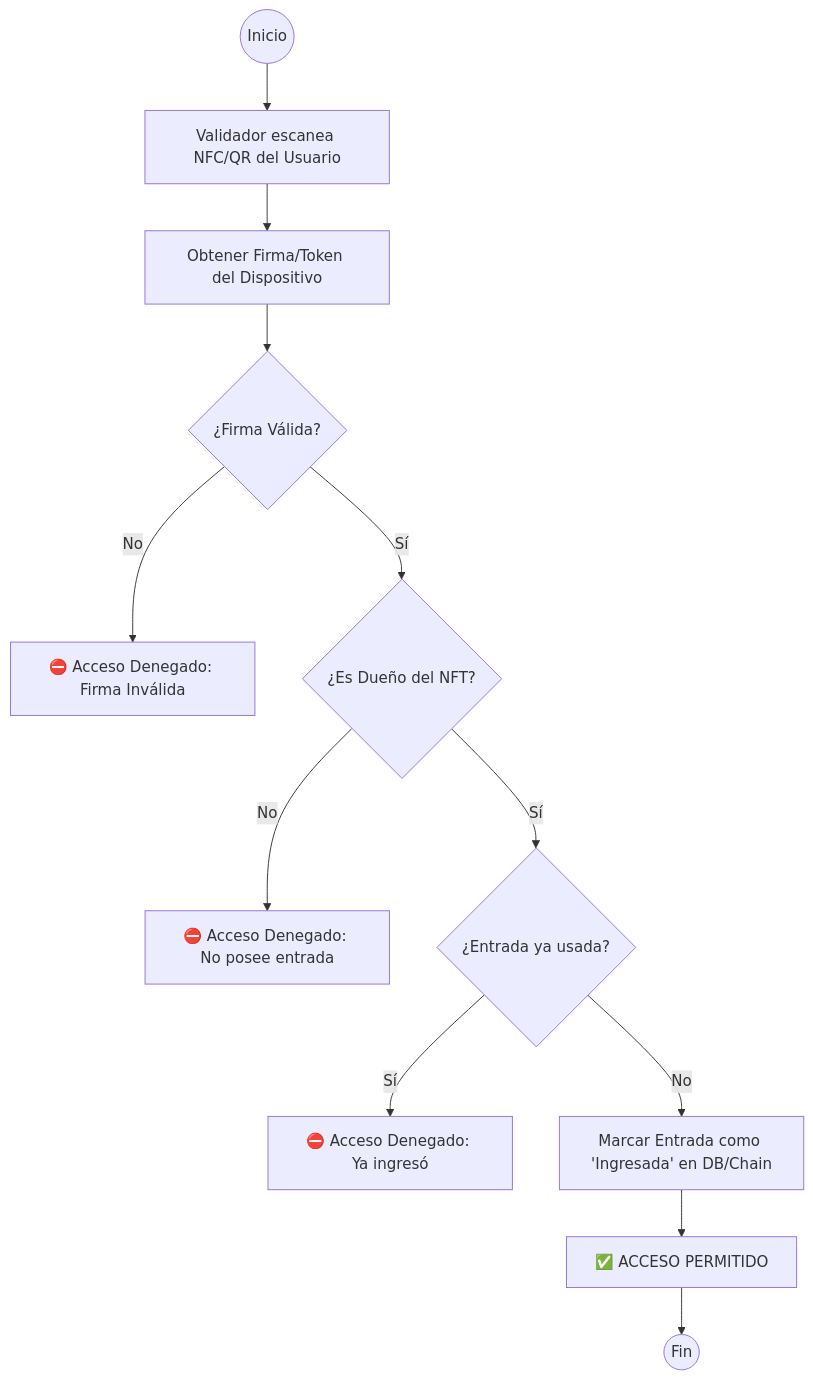
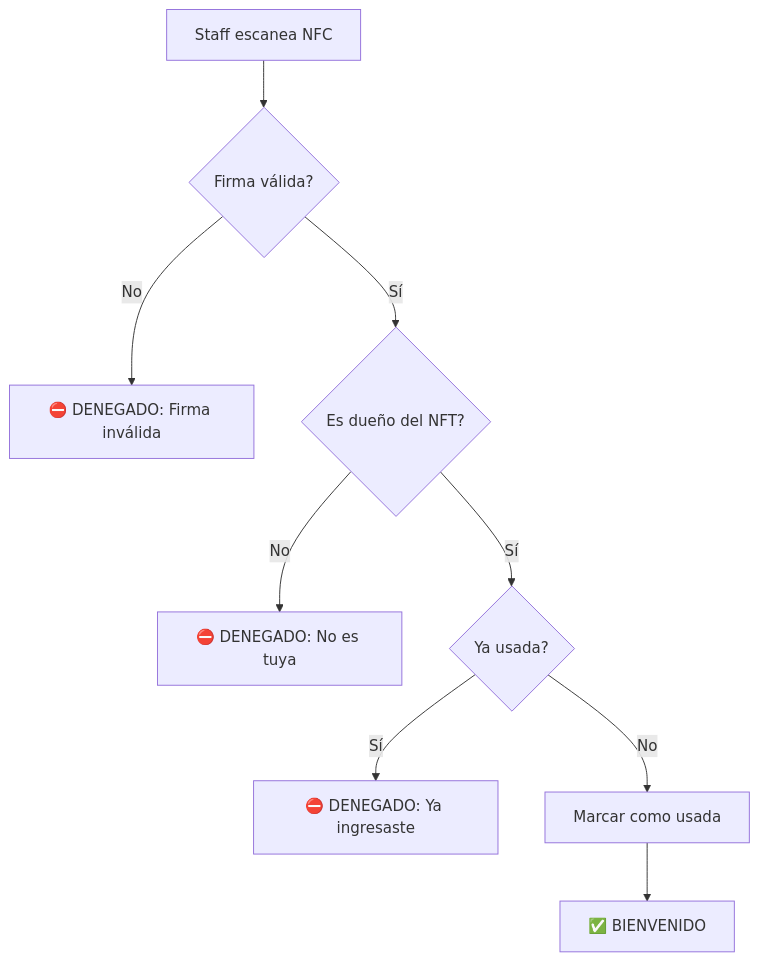
The fourth of 6 diagrams in design_diagrams.md (Ztellar/ticket-documentation), drawn with Mermaid before and after one commit. The commit also changed other lines of this file and 8 other files, not shown here.

````diff
--- a/design_diagrams.md
+++ b/design_diagrams.md
@@ -90,17 +94,11 @@
 ```mermaid
 graph TD
-    Start((Inicio)) --> Scan[Validador escanea NFC/QR del Usuario]
-    Scan --> GetToken[Obtener Firma/Token del Dispositivo]
-    GetToken --> CheckSig{¿Firma Válida?}
-    
-    CheckSig -- No --> Deny[⛔ Acceso Denegado: Firma Inválida]
-    CheckSig -- Sí --> QueryChain{¿Es Dueño del NFT?}
-    
-    QueryChain -- No --> Deny2[⛔ Acceso Denegado: No posee entrada]
-    QueryChain -- Sí --> CheckUsed{¿Entrada ya usada?}
-    
-    CheckUsed -- Sí --> Deny3[⛔ Acceso Denegado: Ya ingresó]
-    CheckUsed -- No --> MarkUsed[Marcar Entrada como 'Ingresada' en DB/Chain]
-    MarkUsed --> Grant[✅ ACCESO PERMITIDO]
-    Grant --> End((Fin))
+    A[Staff escanea NFC] --> B{Firma válida?}
+    B -- No --> X1[⛔ DENEGADO: Firma inválida]
+    B -- Sí --> C{Es dueño del NFT?}
+    C -- No --> X2[⛔ DENEGADO: No es tuya]
+    C -- Sí --> D{Ya usada?}
+    D -- Sí --> X3[⛔ DENEGADO: Ya ingresaste]
+    D -- No --> E[Marcar como usada]
+    E --> F[✅ BIENVENIDO]
 ```
````
